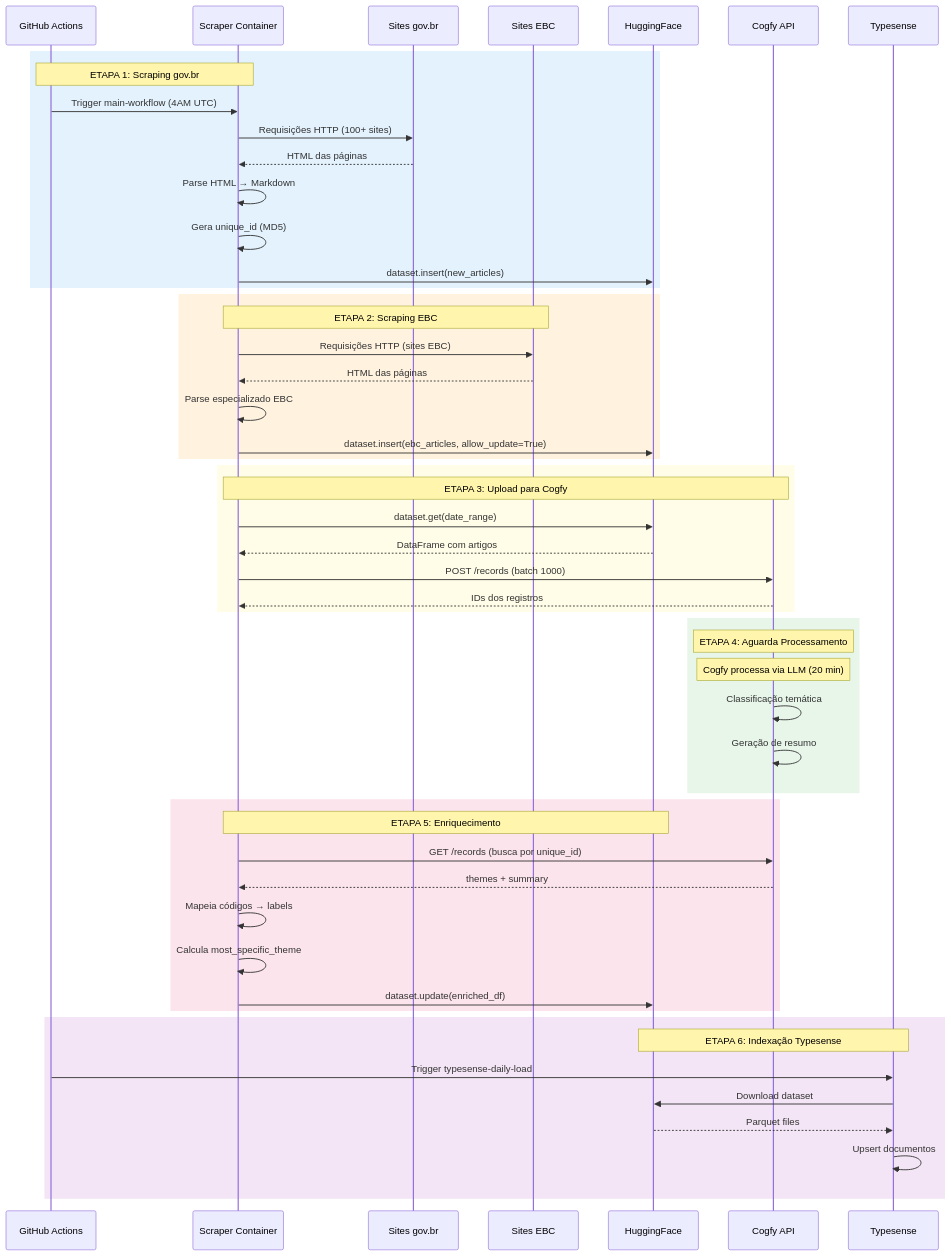
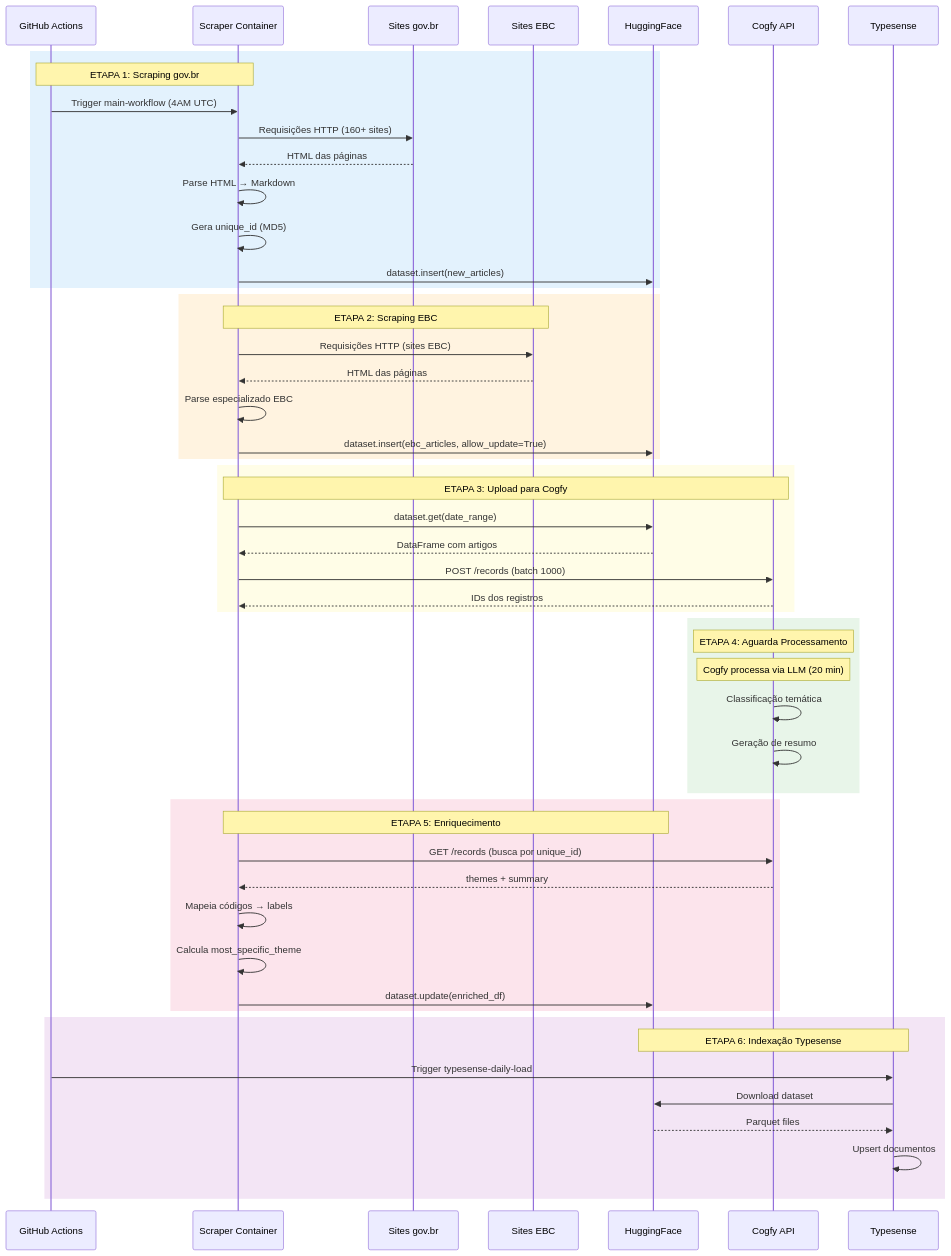
Before and after one commit to destaquesgovbr/docs: the diagram in arquitetura/fluxo-de-dados.md, drawn with Mermaid. The commit also changed other lines of this file and 3 other files, not shown here.

Commit message:
atualiza documentação técnica do fluxo de dados e scraper para refletir a raspagem de ~160 sites gov.br

````diff
--- a/arquitetura/fluxo-de-dados.md
+++ b/arquitetura/fluxo-de-dados.md
@@ -9,60 +9,60 @@
 ```mermaid
 sequenceDiagram
     participant GH as GitHub Actions
     participant SC as Scraper Container
     participant GOV as Sites gov.br
     participant EBC as Sites EBC
     participant HF as HuggingFace
     participant CF as Cogfy API
     participant TS as Typesense
 
     rect rgb(227, 242, 253)
         Note over GH,SC: ETAPA 1: Scraping gov.br
         GH->>SC: Trigger main-workflow (4AM UTC)
-        SC->>GOV: Requisições HTTP (100+ sites)
+        SC->>GOV: Requisições HTTP (160+ sites)
         GOV-->>SC: HTML das páginas
         SC->>SC: Parse HTML → Markdown
         SC->>SC: Gera unique_id (MD5)
         SC->>HF: dataset.insert(new_articles)
     end
 
     rect rgb(255, 243, 224)
         Note over SC,EBC: ETAPA 2: Scraping EBC
         SC->>EBC: Requisições HTTP (sites EBC)
         EBC-->>SC: HTML das páginas
         SC->>SC: Parse especializado EBC
         SC->>HF: dataset.insert(ebc_articles, allow_update=True)
     end
 
     rect rgb(255, 253, 231)
         Note over SC,CF: ETAPA 3: Upload para Cogfy
         SC->>HF: dataset.get(date_range)
         HF-->>SC: DataFrame com artigos
         SC->>CF: POST /records (batch 1000)
         CF-->>SC: IDs dos registros
     end
 
     rect rgb(232, 245, 233)
         Note over CF: ETAPA 4: Aguarda Processamento
         Note over CF: Cogfy processa via LLM (20 min)
         CF->>CF: Classificação temática
         CF->>CF: Geração de resumo
     end
 
     rect rgb(252, 228, 236)
         Note over SC,HF: ETAPA 5: Enriquecimento
         SC->>CF: GET /records (busca por unique_id)
         CF-->>SC: themes + summary
         SC->>SC: Mapeia códigos → labels
         SC->>SC: Calcula most_specific_theme
         SC->>HF: dataset.update(enriched_df)
     end
 
     rect rgb(243, 229, 245)
         Note over TS,HF: ETAPA 6: Indexação Typesense
         GH->>TS: Trigger typesense-daily-load
         TS->>HF: Download dataset
         HF-->>TS: Parquet files
         TS->>TS: Upsert documentos
     end
 ```
````
